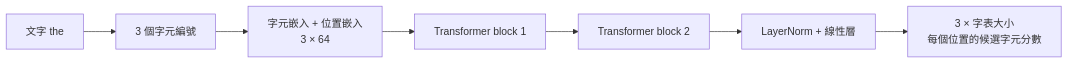
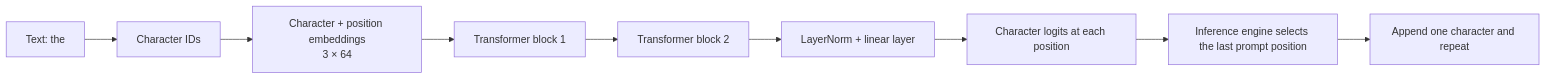
The diagram in README.md (tingwei628/my-gpt), drawn with Mermaid before and after one commit. The commit also changed other lines of this file and 12 other files, not shown here.

````diff
--- a/README.md
+++ b/README.md
@@ -139,9 +48,11 @@
 ```mermaid
 flowchart LR
-    A["文字 the"] --> B["3 個字元編號"]
-    B --> C["字元嵌入 + 位置嵌入<br/>3 × 64"]
+    A["Text: the"] --> B["Character IDs"]
+    B --> C["Character + position embeddings<br/>3 × 64"]
     C --> D["Transformer block 1"]
     D --> E["Transformer block 2"]
-    E --> F["LayerNorm + 線性層"]
-    F --> G["3 × 字表大小<br/>每個位置的候選字元分數"]
+    E --> F["LayerNorm + linear layer"]
+    F --> G["Character logits at each position"]
+    G --> H["Inference engine selects the last prompt position"]
+    H --> I["Append one character and repeat"]
 ```
````
